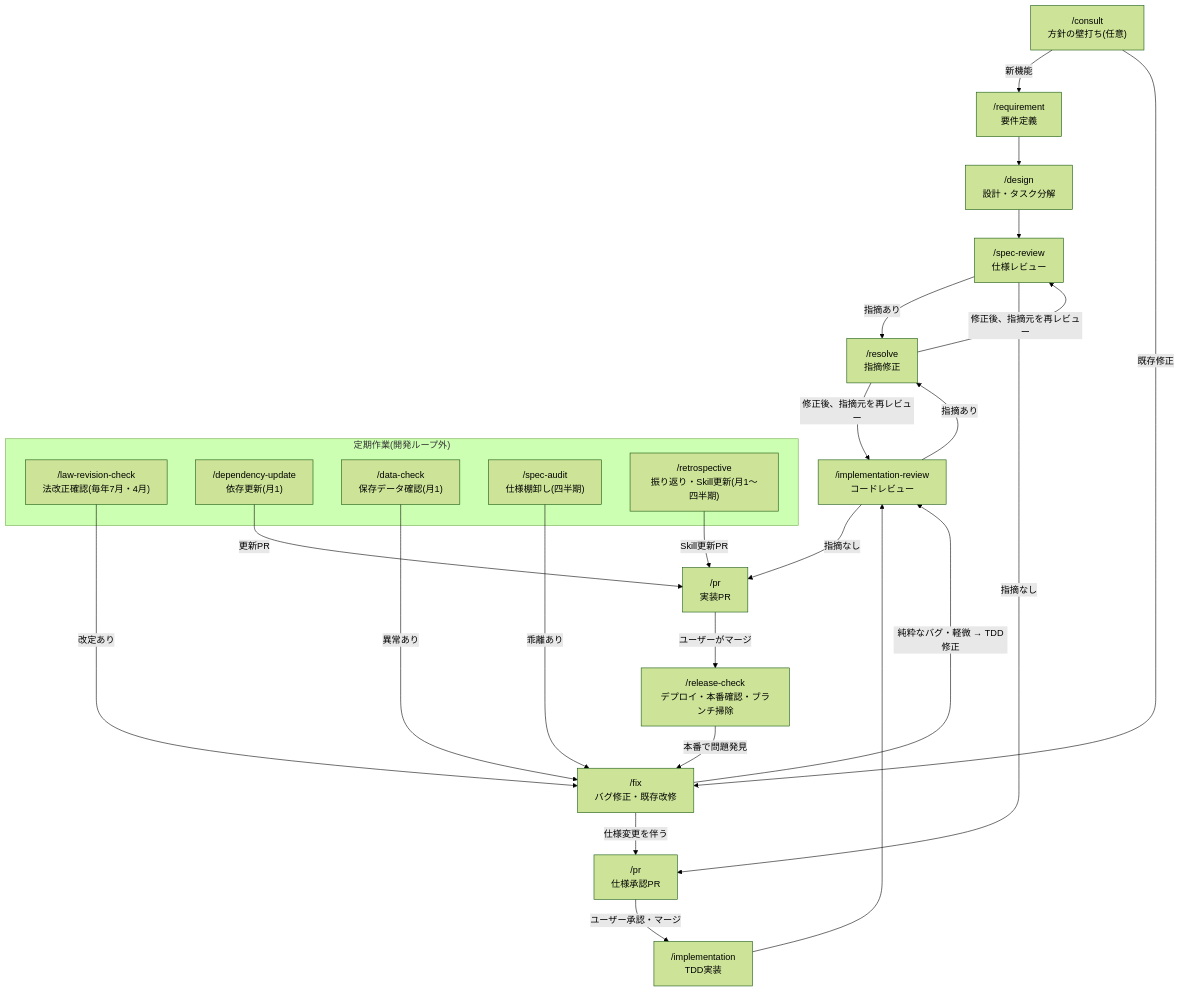
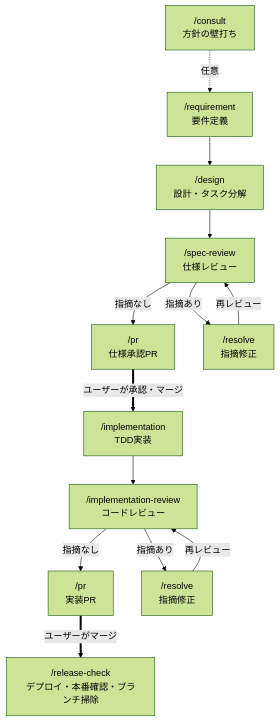
The first of 2 diagrams in .claude/skills/README.md (zakiyama0108/benriyatool), drawn with Mermaid (forest theme) before and after one commit. The commit also changed other lines of this file, not shown here.

Commit message:
docs: 遷移図を新機能開発とバグ修正の2枚に分割して見やすく
- 1枚に全遷移を詰めていた図を「新機能開発の流れ」「バグ修正・既存機能改修の流れ」に分割
- /resolveのループは各レビュー横のコンパクトな往復にし、線の交差を解消
- ユーザーの承認・マージ待ちを太線で区別
- 定期作業は図から外し、まとめ表(異常時の遷移先列)への参照に変更
- 2枚ともmermaid-cliでレンダリング検証済み

````diff
--- a/.claude/skills/README.md
+++ b/.claude/skills/README.md
@@ -41,47 +41,27 @@
 ```mermaid
 flowchart TD
-    consult["/consult<br>方針の壁打ち(任意)"]
+    consult["/consult<br>方針の壁打ち"]
     requirement["/requirement<br>要件定義"]
     design["/design<br>設計・タスク分解"]
     specreview["/spec-review<br>仕様レビュー"]
     prspec["/pr<br>仕様承認PR"]
     implementation["/implementation<br>TDD実装"]
     implreview["/implementation-review<br>コードレビュー"]
     primpl["/pr<br>実装PR"]
     release["/release-check<br>デプロイ・本番確認・ブランチ掃除"]
-    resolve["/resolve<br>指摘修正"]
-    fix["/fix<br>バグ修正・既存改修"]
+    resolve1["/resolve<br>指摘修正"]
+    resolve2["/resolve<br>指摘修正"]
 
-    consult -->|新機能| requirement
-    consult -->|既存修正| fix
-
+    consult -.任意.-> requirement
     requirement --> design
     design --> specreview
-    specreview -->|指摘あり| resolve
-    resolve -->|修正後、指摘元を再レビュー| specreview
+    specreview -->|指摘あり| resolve1
+    resolve1 -->|再レビュー| specreview
     specreview -->|指摘なし| prspec
-    prspec -->|ユーザー承認・マージ| implementation
+    prspec ==>|ユーザーが承認・マージ| implementation
     implementation --> implreview
-    implreview -->|指摘あり| resolve
-    resolve -->|修正後、指摘元を再レビュー| implreview
+    implreview -->|指摘あり| resolve2
+    resolve2 -->|再レビュー| implreview
     implreview -->|指摘なし| primpl
-    primpl -->|ユーザーがマージ| release
-    release -->|本番で問題発見| fix
-
-    fix -->|仕様変更を伴う| prspec
-    fix -->|純粋なバグ・軽微 → TDD修正| implreview
-
-    subgraph periodic["定期作業(開発ループ外)"]
-        law["/law-revision-check<br>法改正確認(毎年7月・4月)"]
-        deps["/dependency-update<br>依存更新(月1)"]
-        data["/data-check<br>保存データ確認(月1)"]
-        audit["/spec-audit<br>仕様棚卸し(四半期)"]
-        retro["/retrospective<br>振り返り・Skill更新(月1〜四半期)"]
-    end
-
-    law -->|改定あり| fix
-    data -->|異常あり| fix
-    audit -->|乖離あり| fix
-    deps -->|更新PR| primpl
-    retro -->|Skill更新PR| primpl
+    primpl ==>|ユーザーがマージ| release
 ```
````
